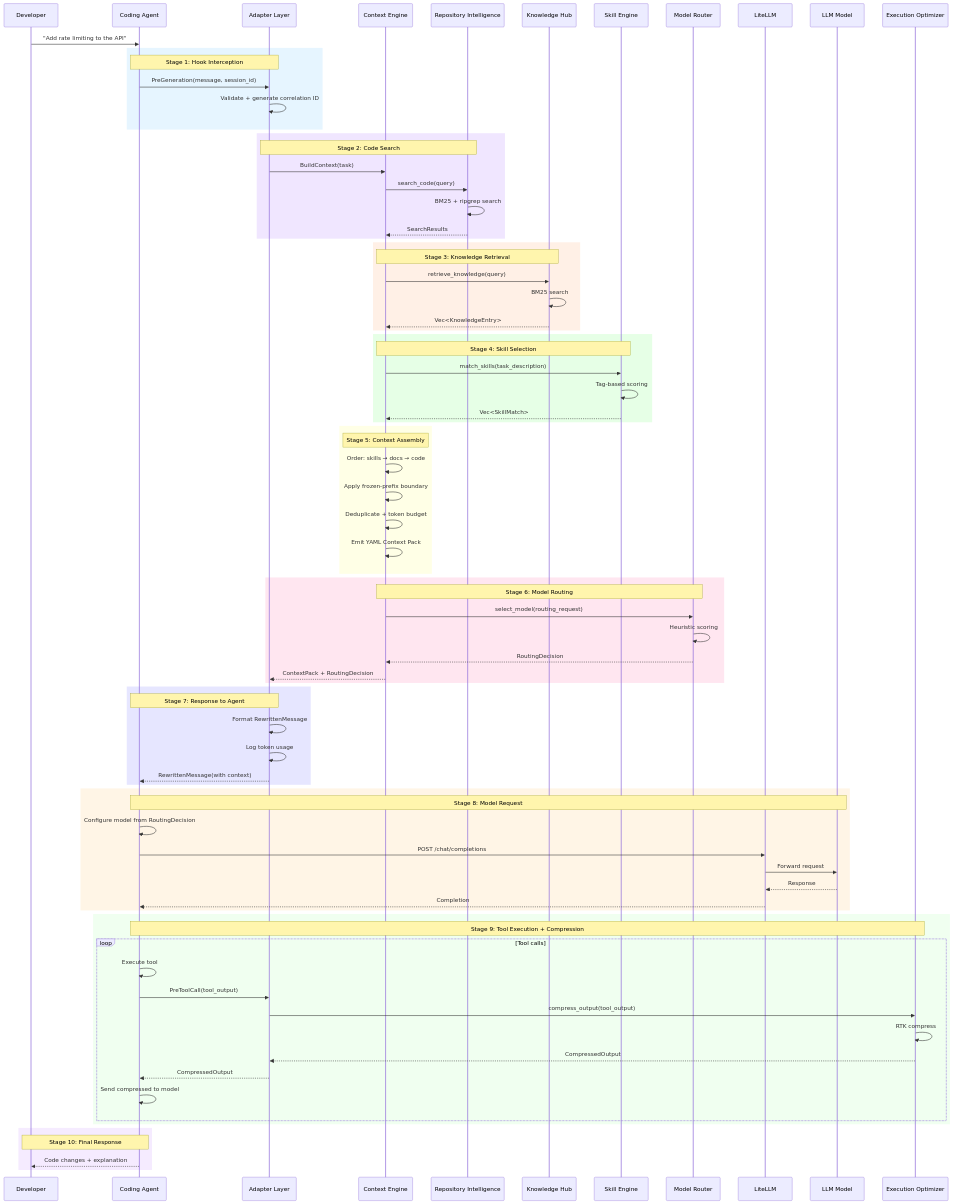
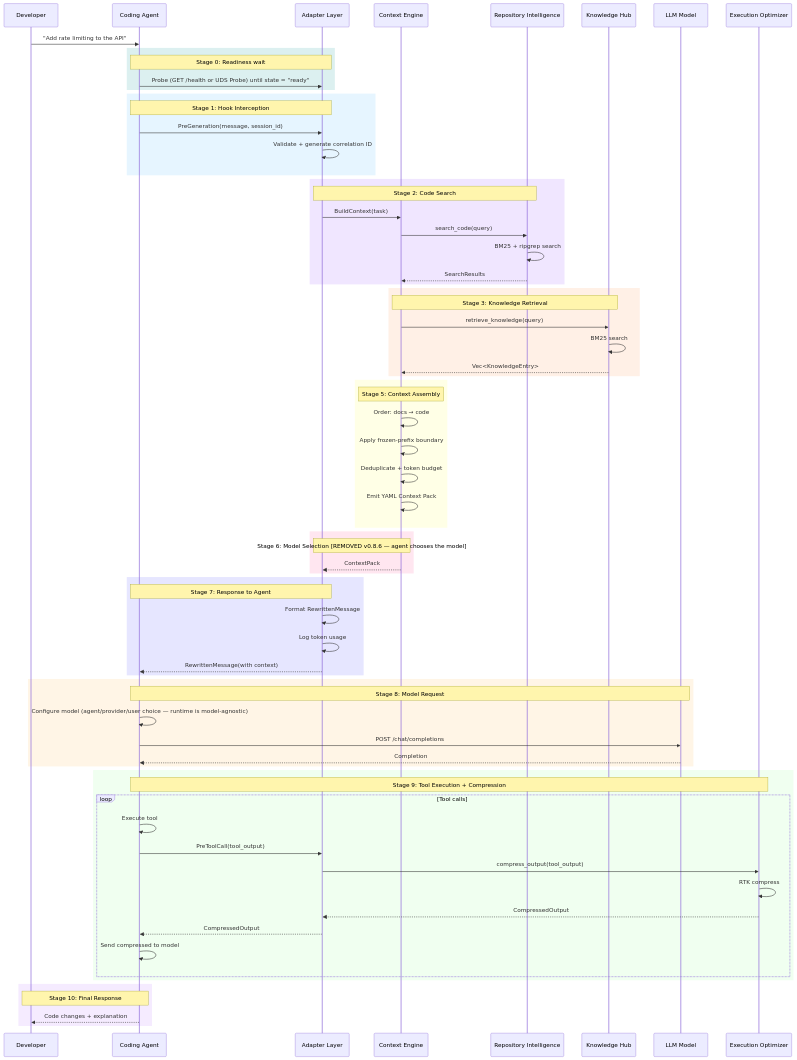
Before and after one commit to leonortega/coderun: the first of 2 diagrams in docs/01-architecture/REQUEST_LIFECYCLE.md, drawn with Mermaid. The commit also changed other lines of this file and 260 other files, not shown here.

First line of the commit message:
feat: Add AI Runtime V1 Specification and update roadmap

```diff
--- a/docs/01-architecture/REQUEST_LIFECYCLE.md
+++ b/docs/01-architecture/REQUEST_LIFECYCLE.md
@@ -14,13 +20,15 @@
     participant CE as Context Engine
     participant RI as Repository Intelligence
     participant KH as Knowledge Hub
-    participant SE as Skill Engine
-    participant MR as Model Router
-    participant LL as LiteLLM
     participant Model as LLM Model
     participant EO as Execution Optimizer
 
     Dev->>Agent: "Add rate limiting to the API"
+
+    rect rgb(220, 240, 240)
+    Note over Agent,AD: Stage 0: Readiness wait
+    Agent->>AD: Probe (GET /health or UDS Probe) until state = "ready"
+    end
 
     rect rgb(230, 245, 255)
     Note over Agent,AD: Stage 1: Hook Interception
@@ -43,27 +51,17 @@
     KH-->>CE: Vec<KnowledgeEntry>
     end
 
-    rect rgb(230, 255, 230)
-    Note over CE,SE: Stage 4: Skill Selection
-    CE->>SE: match_skills(task_description)
-    SE->>SE: Tag-based scoring
-    SE-->>CE: Vec<SkillMatch>
-    end
-
     rect rgb(255, 255, 230)
     Note over CE: Stage 5: Context Assembly
-    CE->>CE: Order: skills → docs → code
+    CE->>CE: Order: docs → code
     CE->>CE: Apply frozen-prefix boundary
     CE->>CE: Deduplicate + token budget
     CE->>CE: Emit YAML Context Pack
     end
 
     rect rgb(255, 230, 240)
-    Note over CE,MR: Stage 6: Model Routing
-    CE->>MR: select_model(routing_request)
-    MR->>MR: Heuristic scoring
-    MR-->>CE: RoutingDecision
-    CE-->>AD: ContextPack + RoutingDecision
+    Note over CE,AD: Stage 6: Model Selection [REMOVED v0.8.6 — agent chooses the model]
+    CE-->>AD: ContextPack
     end
 
     rect rgb(230, 230, 255)
@@ -75,11 +73,9 @@
 
     rect rgb(255, 245, 230)
     Note over Agent,Model: Stage 8: Model Request
-    Agent->>Agent: Configure model from RoutingDecision
-    Agent->>LL: POST /chat/completions
-    LL->>Model: Forward request
-    Model-->>LL: Response
-    LL-->>Agent: Completion
+    Agent->>Agent: Configure model (agent/provider/user choice — runtime is model-agnostic)
+    Agent->>Model: POST /chat/completions
+    Model-->>Agent: Completion
     end
 
     rect rgb(240, 255, 240)
```
